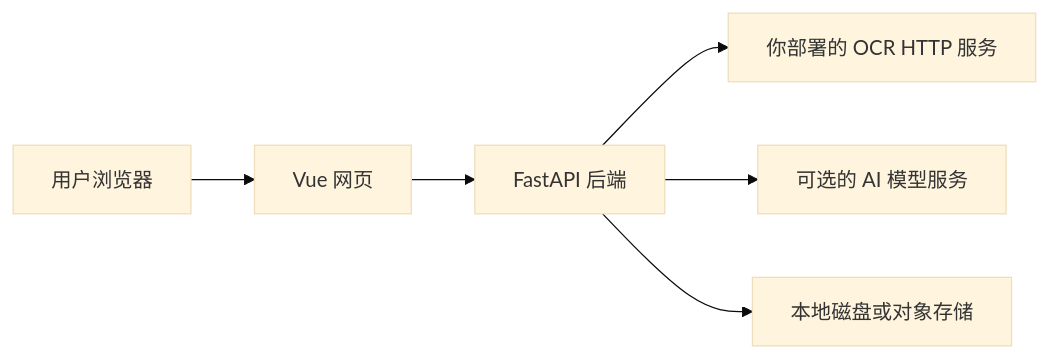
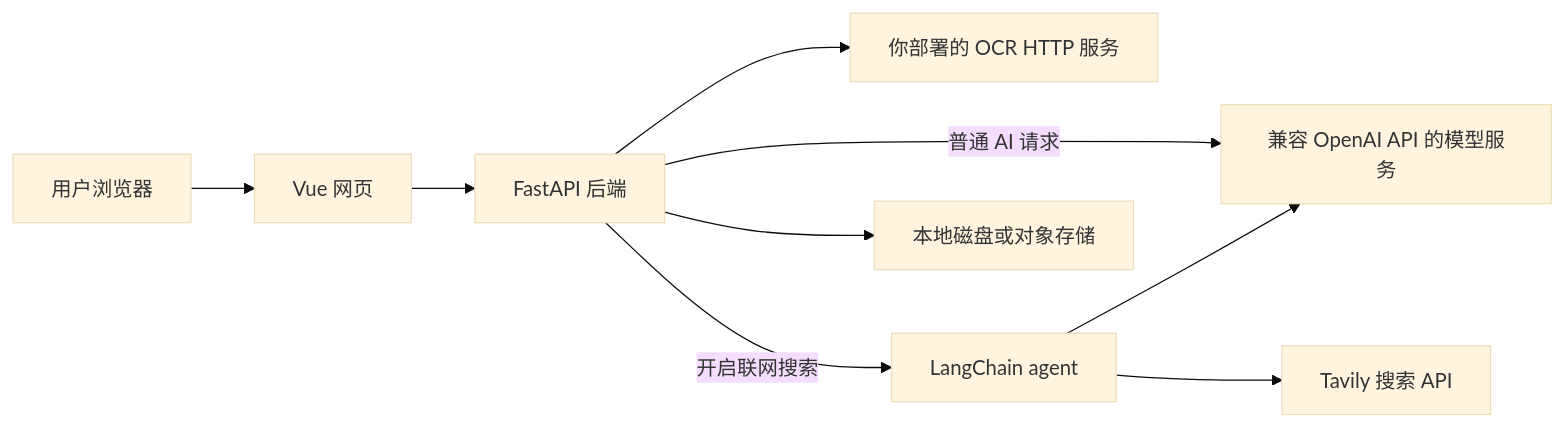
Before and after one commit to zhe-w12/DocuCraft: the diagram in README.md, drawn with Mermaid (base theme). The commit also changed other lines of this file and 6 other files, not shown here.

Commit message:
更新 LangChain 技术栈文档

````diff
--- a/README.md
+++ b/README.md
@@ -22,8 +22,11 @@
 ```mermaid
 flowchart LR
     User[用户浏览器] --> Web[Vue 网页]
     Web --> API[FastAPI 后端]
     API --> OCR[你部署的 OCR HTTP 服务]
-    API --> AI[可选的 AI 模型服务]
+    API -->|普通 AI 请求| AI[兼容 OpenAI API 的模型服务]
+    API -->|开启联网搜索| Agent[LangChain agent]
+    Agent --> AI
+    Agent --> Tavily[Tavily 搜索 API]
     API --> Store[本地磁盘或对象存储]
 ```
````
